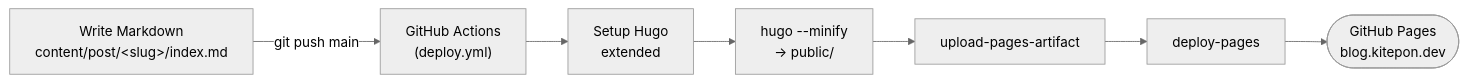
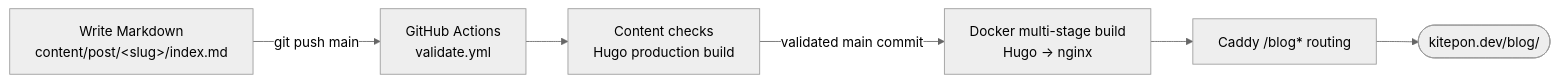
The diagram in README.md (kitepon-rgb/WebAICoding), drawn with Mermaid (neutral theme) before and after one commit. The commit also changed other lines of this file and 14 other files, not shown here.

````diff
--- a/README.md
+++ b/README.md
@@ -41,9 +42,8 @@
 ```mermaid
 flowchart LR
-    A["Write Markdown<br/>content/post/&lt;slug&gt;/index.md"] -->|git push main| B["GitHub Actions<br/>(deploy.yml)"]
-    B --> C["Setup Hugo<br/>extended"]
-    C --> D["hugo --minify<br/>→ public/"]
-    D --> E["upload-pages-artifact"]
-    E --> F["deploy-pages"]
-    F --> G(["GitHub Pages<br/>blog.kitepon.dev"])
+    A["Write Markdown<br/>content/post/&lt;slug&gt;/index.md"] -->|git push main| B["GitHub Actions<br/>validate.yml"]
+    B --> C["Content checks<br/>Hugo production build"]
+    C -->|validated main commit| D["Docker multi-stage build<br/>Hugo → nginx"]
+    D --> E["Caddy /blog* routing"]
+    E --> F(["kitepon.dev/blog/"])
 ```
````
